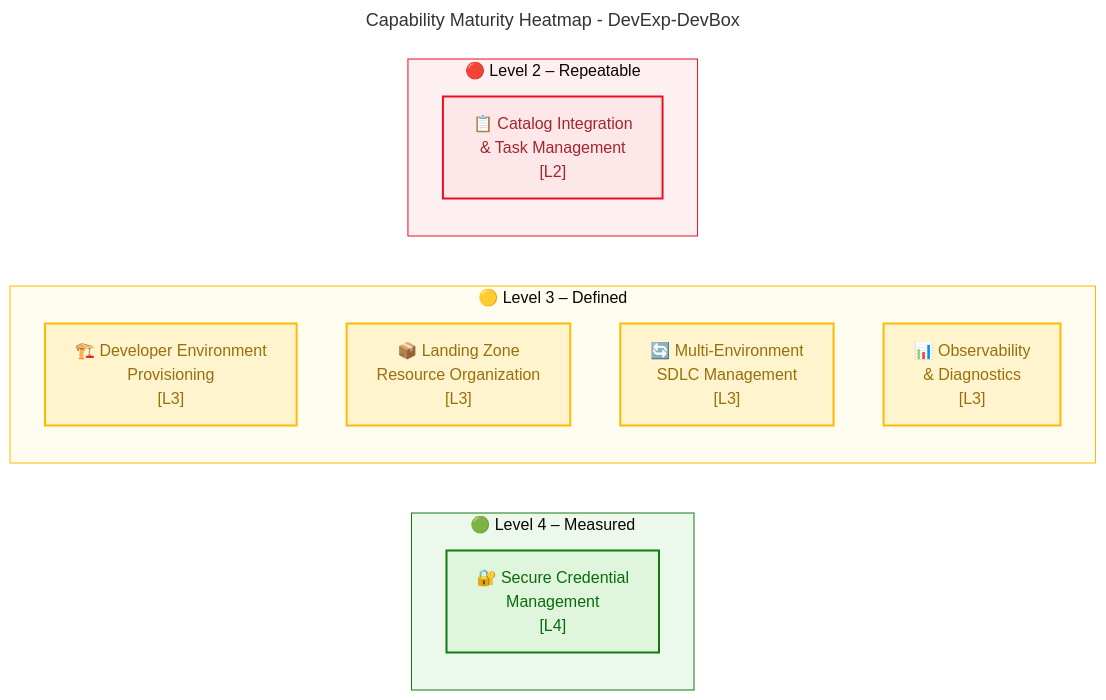
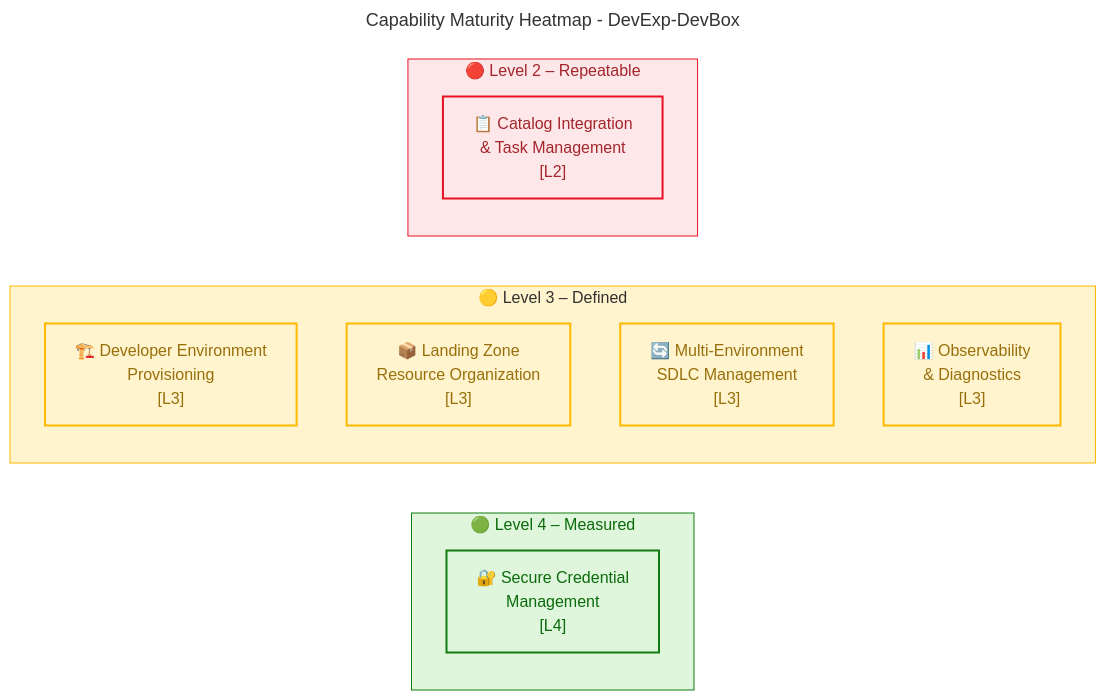
One commit to Evilazaro/DevExp-DevBox changed the second of 4 diagrams in docs/architecture/business-architecture.md. Above: the diagram before and after it, drawn with Mermaid. The commit also changed other lines of this file, not shown here.

Commit message:
style: update flowchart colors for improved visibility and consistency

````diff
--- a/docs/architecture/business-architecture.md
+++ b/docs/architecture/business-architecture.md
@@ -465,49 +465,49 @@
 ```mermaid
 ---
 title: Capability Maturity Heatmap - DevExp-DevBox
 config:
   theme: base
   look: classic
   layout: dagre
   themeVariables:
     fontSize: '16px'
 ---
 flowchart LR
     accTitle: Capability Maturity Heatmap - DevExp-DevBox
     accDescr: Heatmap showing current maturity level (1-5) for each of the 6 business capabilities, color-coded by maturity band
 
     %% ═══════════════════════════════════════════════════════════════════════════
     %% AZURE / FLUENT ARCHITECTURE PATTERN v1.1
     %% (Semantic + Structural + Font + Accessibility Governance)
     %% ═══════════════════════════════════════════════════════════════════════════
     %% PHASE 1 - STRUCTURAL: Direction explicit, flat topology, nesting ≤ 3
     %% PHASE 2 - SEMANTIC: Colors justified, max 5 semantic classes, neutral-first
     %% PHASE 3 - FONT: Dark text on light backgrounds, contrast ≥ 4.5:1
     %% PHASE 4 - ACCESSIBILITY: accTitle/accDescr present, icons on all nodes
     %% PHASE 5 - STANDARD: Governance block present, classDefs centralized
     %% ═══════════════════════════════════════════════════════════════════════════
 
     subgraph level4["🟢 Level 4 – Measured"]
         cap2["🔐 Secure Credential\nManagement\n[L4]"]:::success
     end
 
     subgraph level3["🟡 Level 3 – Defined"]
         cap1["🏗️ Developer Environment\nProvisioning\n[L3]"]:::warning
         cap3["📦 Landing Zone\nResource Organization\n[L3]"]:::warning
         cap5["🔄 Multi-Environment\nSDLC Management\n[L3]"]:::warning
         cap6["📊 Observability\n& Diagnostics\n[L3]"]:::warning
     end
 
     subgraph level2["🔴 Level 2 – Repeatable"]
         cap4["📋 Catalog Integration\n& Task Management\n[L2]"]:::danger
     end
 
     classDef success fill:#DFF6DD,stroke:#107C10,stroke-width:2px,color:#0B6A0B
     classDef warning fill:#FFF4CE,stroke:#FFB900,stroke-width:2px,color:#986F0B
     classDef danger fill:#FDE7E9,stroke:#E81123,stroke-width:2px,color:#A4262C
     classDef neutral fill:#F3F2F1,stroke:#605E5C,stroke-width:2px,color:#323130
 
-    style level4 fill:#EDF8ED,stroke:#107C10,stroke-width:1px
-    style level3 fill:#FFFCF0,stroke:#FFB900,stroke-width:1px
-    style level2 fill:#FEF0F0,stroke:#E81123,stroke-width:1px
+    style level4 fill:#DFF6DD,stroke:#107C10,stroke-width:1px,color:#0B6A0B
+    style level3 fill:#FFF4CE,stroke:#FFB900,stroke-width:1px,color:#323130
+    style level2 fill:#FDE7E9,stroke:#E81123,stroke-width:1px,color:#A4262C
 ```
````
